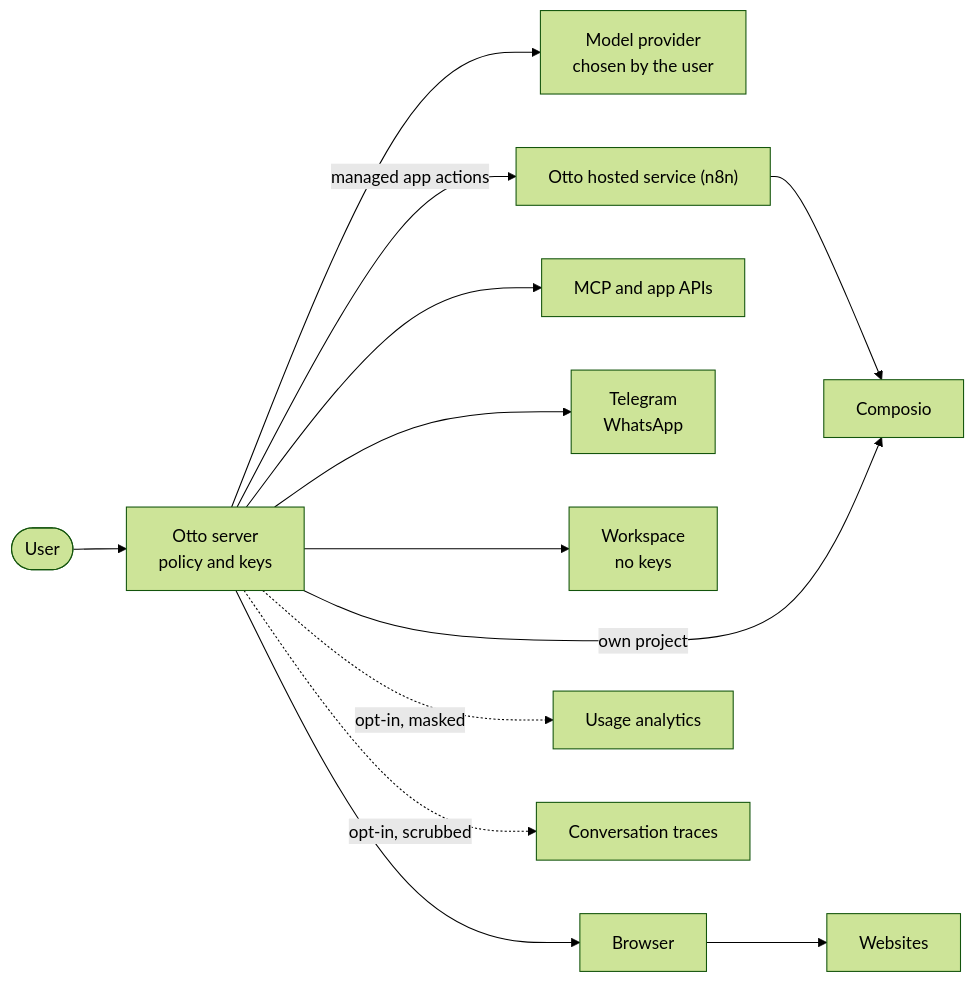
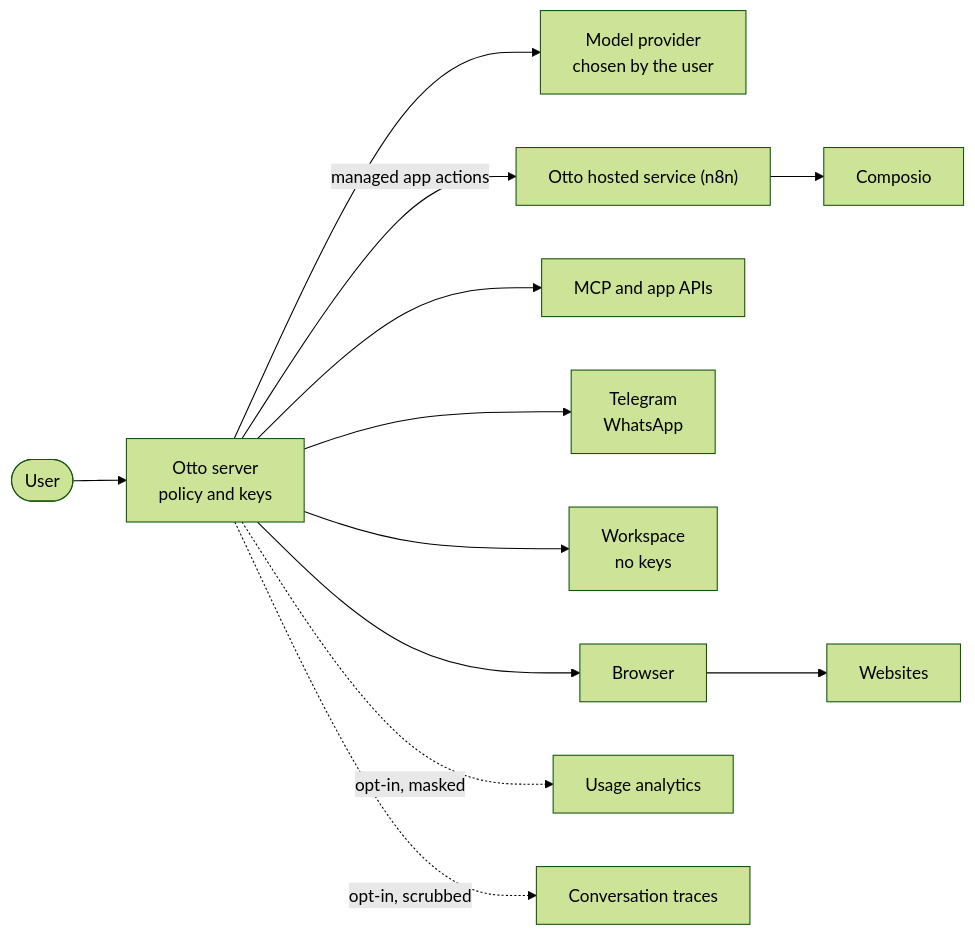
The diagram in docs/src/content/docs/trust/security-review.mdx (n8n-io/nod), drawn with Mermaid (forest theme) before and after one commit. The commit also changed other lines of this file and 50 other files, not shown here.

````diff
--- a/docs/src/content/docs/trust/security-review.mdx
+++ b/docs/src/content/docs/trust/security-review.mdx
@@ -22,14 +22,13 @@
 ```mermaid
 flowchart LR
   user([User]):::accent --> server[Otto server<br/>policy and keys]
   server --> model[Model provider<br/>chosen by the user]
   server -- managed app actions --> managed["Otto hosted service (n8n)"]
   managed --> composio[Composio]
-  server -- own project --> composio
   server --> apps[MCP and app APIs]
   server --> chat[Telegram<br/>WhatsApp]
   server --> box[Workspace<br/>no keys]:::muted
   server --> browser[Browser]:::muted --> sites[Websites]
   server -. opt-in, masked .-> analytics[Usage analytics]:::muted
   server -. opt-in, scrubbed .-> traces[Conversation traces]:::muted
 ```
````
